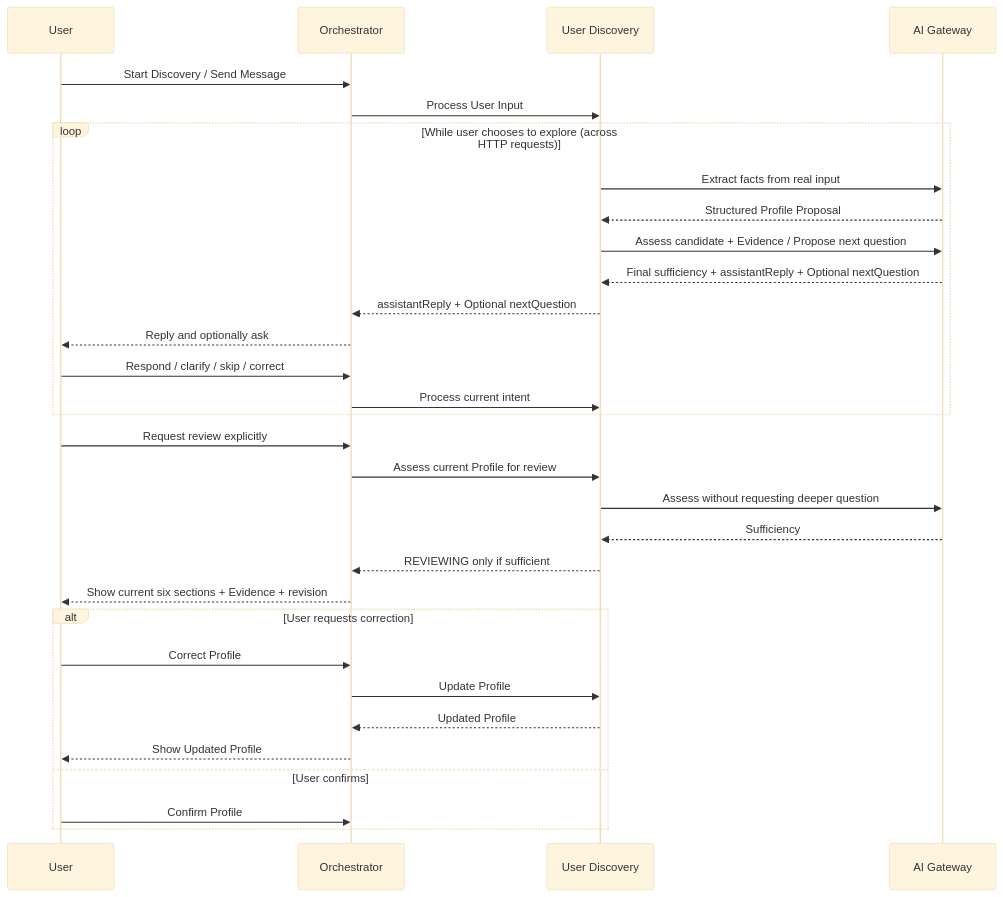
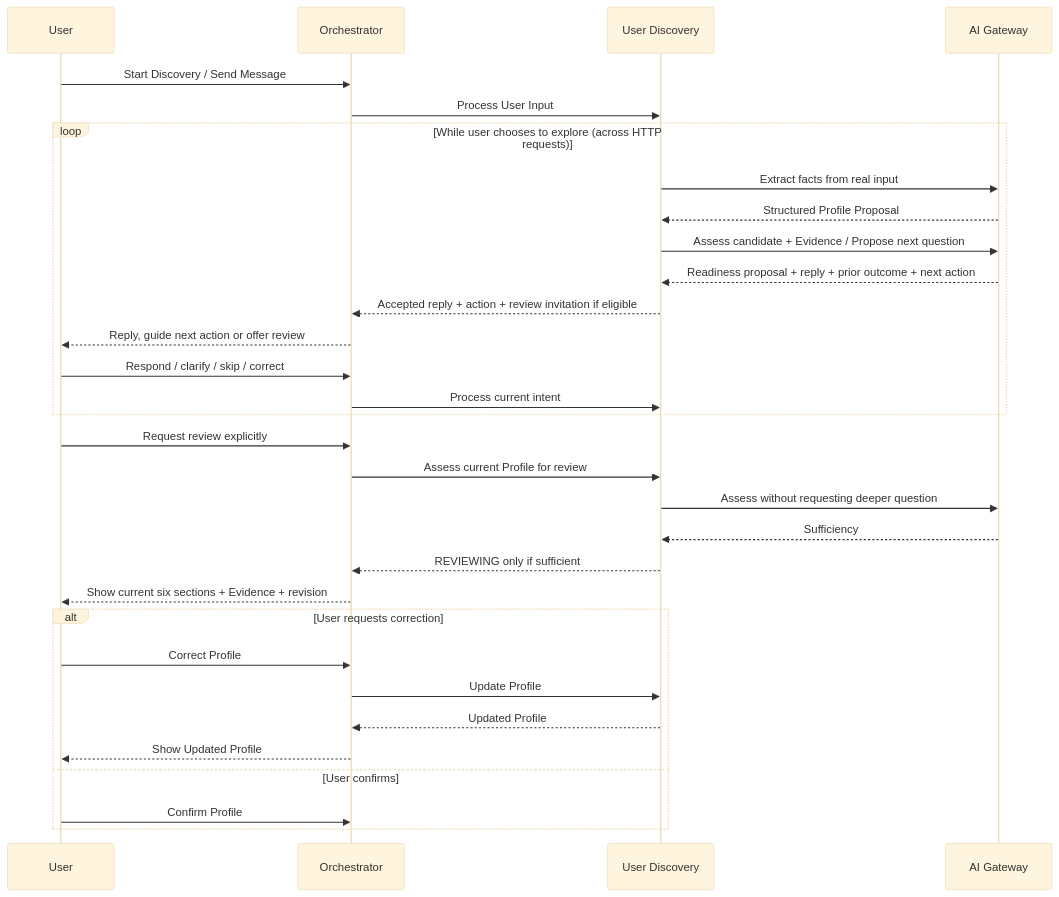
Before and after one commit to ayywl288/DelveForge: the third of 5 diagrams in docs/ARCHITECTURE.md, drawn with Mermaid (base theme). The commit also changed other lines of this file and 51 other files, not shown here.

````diff
--- a/docs/ARCHITECTURE.md
+++ b/docs/ARCHITECTURE.md
@@ -1476,39 +1482,39 @@
 ```mermaid
 sequenceDiagram
     participant U as User
     participant O as Orchestrator
     participant UD as User Discovery
     participant AI as AI Gateway
 
     U->>O: Start Discovery / Send Message
     O->>UD: Process User Input
 
     loop While user chooses to explore (across HTTP requests)
         UD->>AI: Extract facts from real input
         AI-->>UD: Structured Profile Proposal
         UD->>AI: Assess candidate + Evidence / Propose next question
-        AI-->>UD: Final sufficiency + assistantReply + Optional nextQuestion
+        AI-->>UD: Readiness proposal + reply + prior outcome + next action
 
-        UD-->>O: assistantReply + Optional nextQuestion
-        O-->>U: Reply and optionally ask
+        UD-->>O: Accepted reply + action + review invitation if eligible
+        O-->>U: Reply, guide next action or offer review
 
         U->>O: Respond / clarify / skip / correct
         O->>UD: Process current intent
     end
 
     U->>O: Request review explicitly
     O->>UD: Assess current Profile for review
     UD->>AI: Assess without requesting deeper question
     AI-->>UD: Sufficiency
     UD-->>O: REVIEWING only if sufficient
     O-->>U: Show current six sections + Evidence + revision
 
     alt User requests correction
         U->>O: Correct Profile
         O->>UD: Update Profile
         UD-->>O: Updated Profile
         O-->>U: Show Updated Profile
     else User confirms
         U->>O: Confirm Profile
     end
 ```
````
